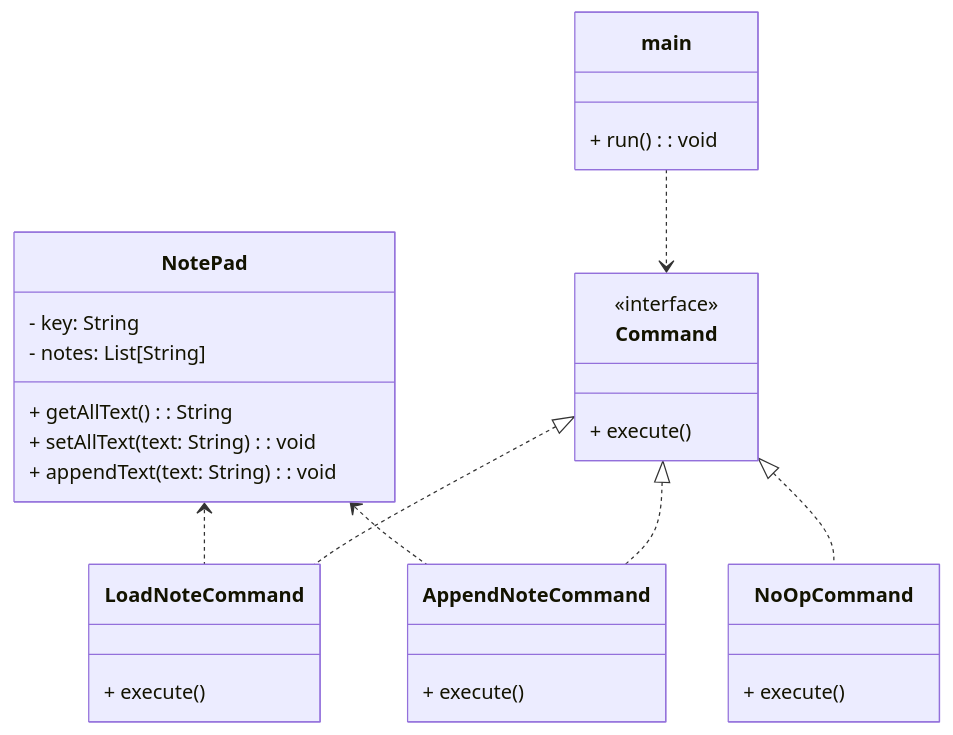
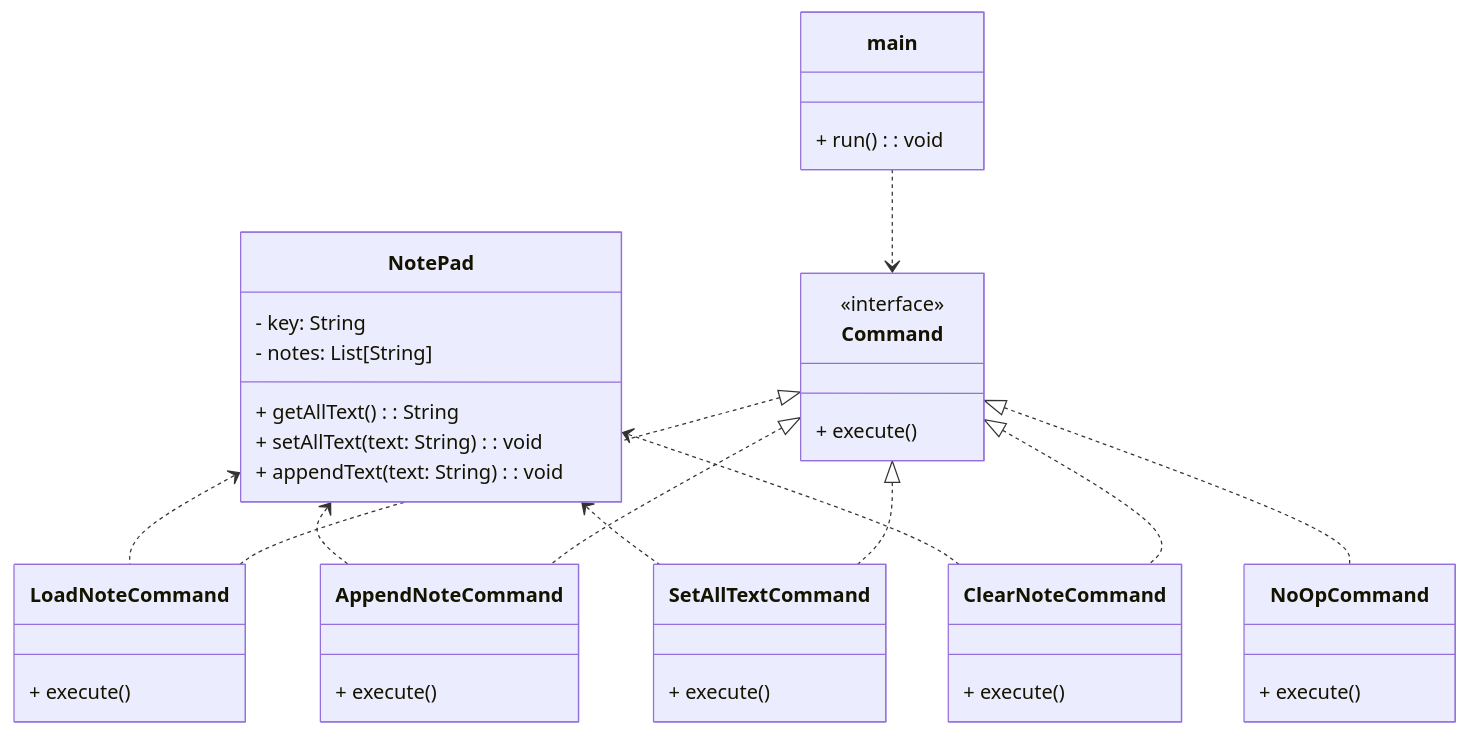
One commit to rbleggi/tech-pocs changed the diagram in java/dont-pad/README.md. Above: the diagram before and after it, drawn with Mermaid. The commit also changed other lines of this file, not shown here.

````diff
--- a/java/dont-pad/README.md
+++ b/java/dont-pad/README.md
@@ -23,33 +14,43 @@
 ```mermaid
 classDiagram
     direction TB
     class NotePad {
         - key: String
         - notes: List[String]
         + getAllText(): String
         + setAllText(text: String): void
         + appendText(text: String): void
     }
     class Command {
         <<interface>>
         + execute()
     }
     class LoadNoteCommand {
         + execute()
     }
     class AppendNoteCommand {
         + execute()
     }
+    class SetAllTextCommand {
+        + execute()
+    }
+    class ClearNoteCommand {
+        + execute()
+    }
     class NoOpCommand {
         + execute()
     }
     NotePad <.. LoadNoteCommand
     NotePad <.. AppendNoteCommand
+    NotePad <.. SetAllTextCommand
+    NotePad <.. ClearNoteCommand
     Command <|.. LoadNoteCommand
     Command <|.. AppendNoteCommand
+    Command <|.. SetAllTextCommand
+    Command <|.. ClearNoteCommand
     Command <|.. NoOpCommand
     class main {
         + run(): void
     }
     main ..> Command
 ```
````
